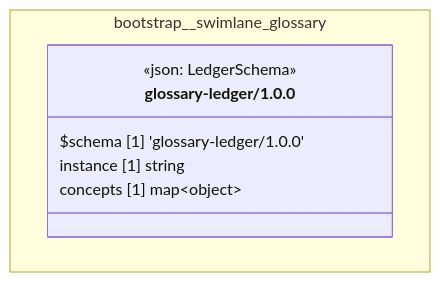
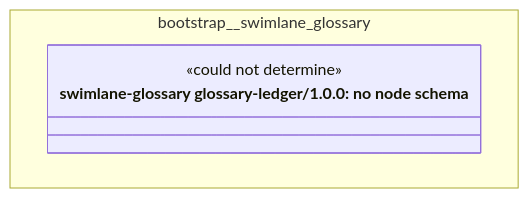
The diagram in cat-harness/uml/overview/bootstrap/swimlane-glossary.mmd (litlfred/folio-assistant), drawn with Mermaid before and after one commit. The commit also changed 210 other files, not shown here.

```diff
--- a/cat-harness/uml/overview/bootstrap/swimlane-glossary.mmd
+++ b/cat-harness/uml/overview/bootstrap/swimlane-glossary.mmd
@@ -1,11 +1,9 @@
 classDiagram
   direction TB
   namespace bootstrap__swimlane_glossary {
-    class bootstrap_swimlane_glossary_glossary_ledger_1_0_0_glossary_ledger_1_0_0["glossary-ledger/1.0.0"] {
-      <<json: LedgerSchema>>
-      $schema [1] 'glossary-ledger/1.0.0'
-      instance [1] string
-      concepts [1] map~object~
+    class n_bootstrap_swimlane_glossary_swimlane_glossary_glossary_ledger_1_0_0["swimlane-glossary glossary-ledger/1.0.0: no node schema"] {
+      <<could not determine>>
     }
   }
-  cssClass "bootstrap_swimlane_glossary_glossary_ledger_1_0_0_glossary_ledger_1_0_0" fa_uml_kind_swimlane_glossary
+  cssClass "n_bootstrap_swimlane_glossary_swimlane_glossary_glossary_ledger_1_0_0" fa_uml_kind_swimlane_glossary_glossary_ledger_1_0_0
+  cssClass "n_bootstrap_swimlane_glossary_swimlane_glossary_glossary_ledger_1_0_0" fa_uml_undetermined
```
